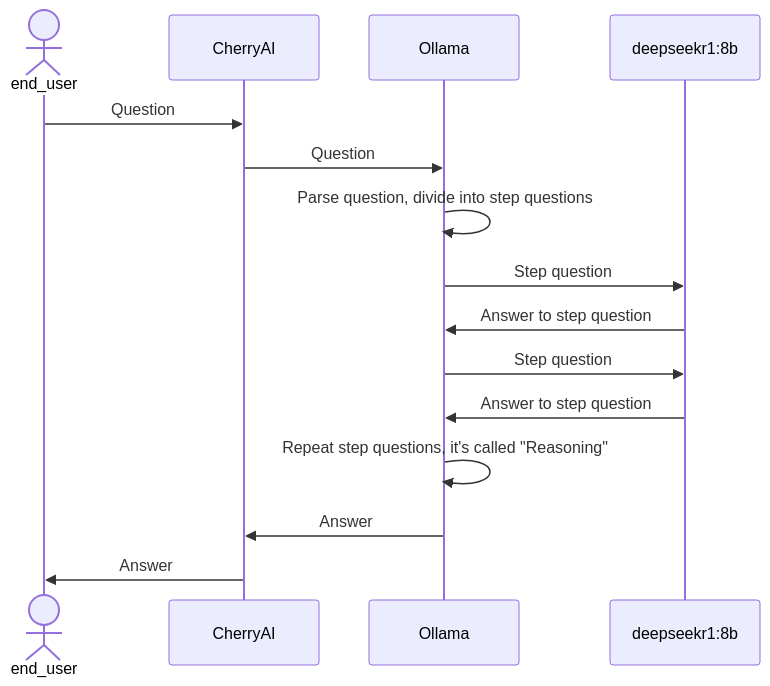
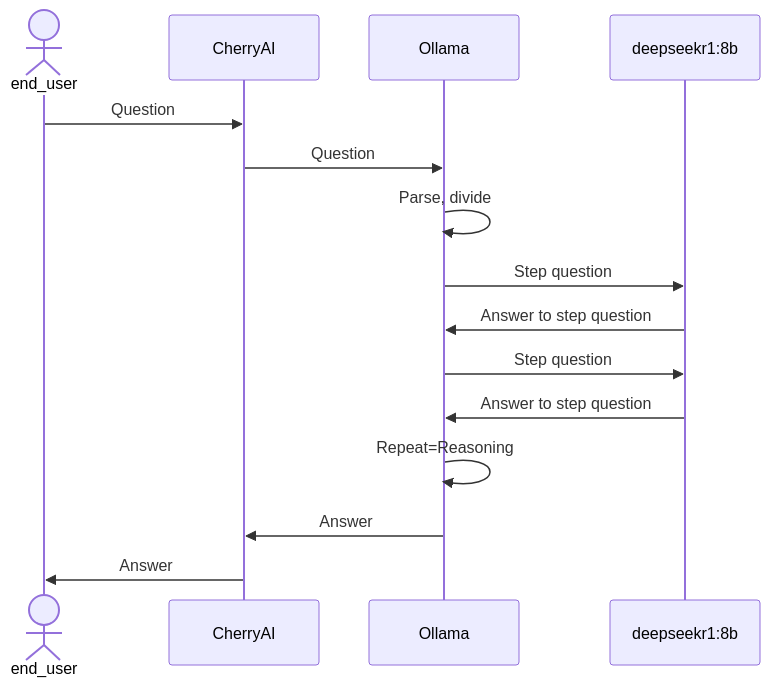
One commit to dj707chen/ChenNotes changed the diagram in Deepseek/runLocally.md. Above: the diagram before and after it, drawn with Mermaid. The commit also changed other lines of this file, not shown here.

Commit message:
Formatted

````diff
--- a/Deepseek/runLocally.md
+++ b/Deepseek/runLocally.md
@@ -12,18 +12,18 @@
 ```mermaid
 sequenceDiagram
   actor USER as end_user
   participant UI as CherryAI
   participant SERVER as Ollama
   participant LLM as deepseekr1:8b
 
   USER->>UI: Question
   UI->>SERVER: Question
-  SERVER->>SERVER: Parse question, divide into step questions
+  SERVER->>SERVER: Parse, divide
   SERVER->>LLM: Step question
   LLM->>SERVER: Answer to step question
   SERVER->>LLM: Step question
   LLM->>SERVER: Answer to step question
-  SERVER->>SERVER: Repeat step questions, it's called "Reasoning"
+  SERVER->>SERVER: Repeat=Reasoning
   SERVER->>UI: Answer
   UI->>USER: Answer
 ```
````
